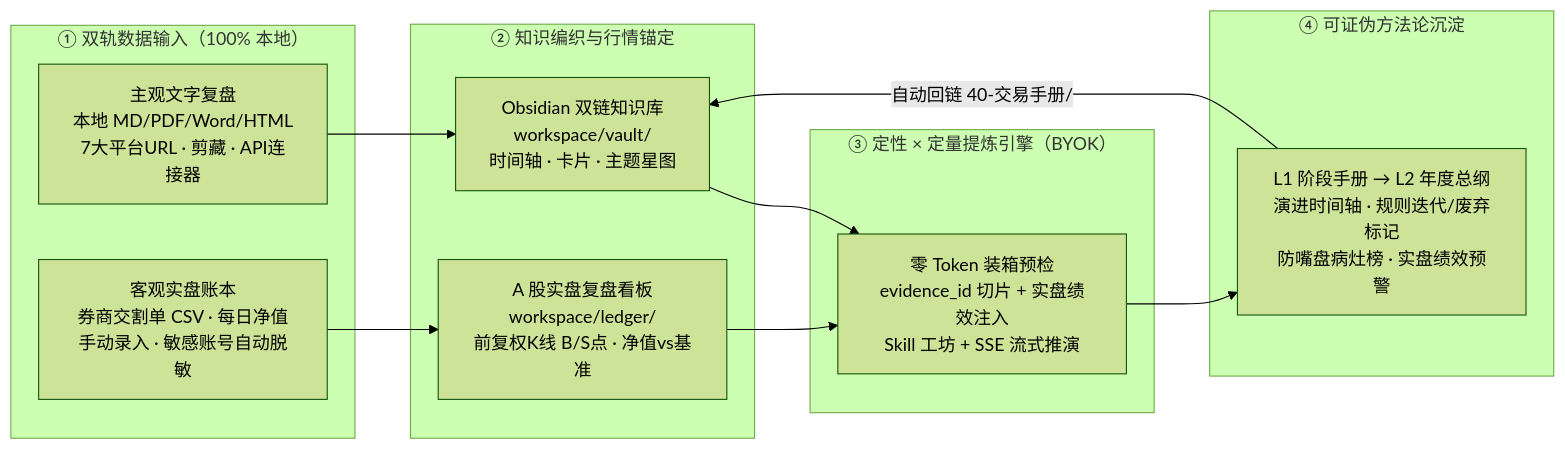
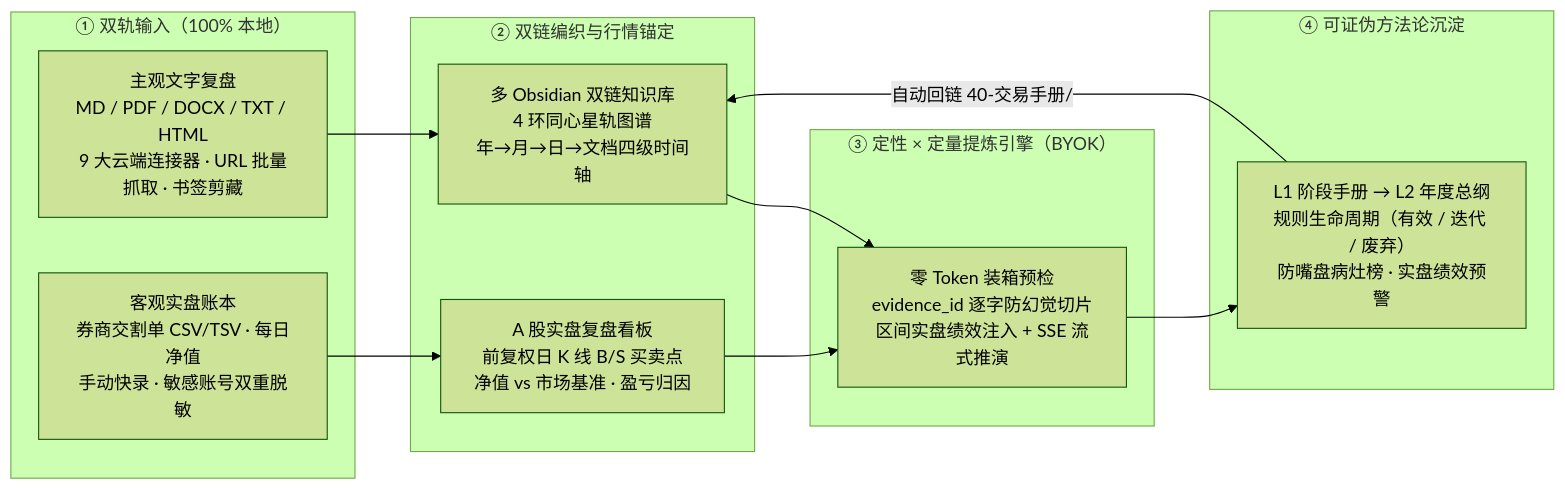
Before and after one commit to DYluke97/TradeLoom: the diagram in README.md, drawn with Mermaid (forest theme). The commit also changed other lines of this file and 56 other files, not shown here.

Commit message:
release: TradeLoom v1.0.0 GA - 4-ring orbital graph, security middleware, ledger/market hardening & GitHub showcase

````diff
--- a/README.md
+++ b/README.md
@@ -45,27 +38,27 @@
 ```mermaid
 flowchart LR
-  subgraph Input["① 双轨数据输入（100% 本地）"]
-    A1["主观文字复盘<br/>本地 MD/PDF/Word/HTML<br/>7大平台URL · 剪藏 · API连接器"]
-    A2["客观实盘账本<br/>券商交割单 CSV · 每日净值<br/>手动录入 · 敏感账号自动脱敏"]
+  subgraph Input["① 双轨输入（100% 本地）"]
+    A1["主观文字复盘<br/>MD / PDF / DOCX / TXT / HTML<br/>9 大云端连接器 · URL 批量抓取 · 书签剪藏"]
+    A2["客观实盘账本<br/>券商交割单 CSV/TSV · 每日净值<br/>手动快录 · 敏感账号双重脱敏"]
   end
 
-  subgraph Core["② 知识编织与行情锚定"]
-    B1["Obsidian 双链知识库<br/>workspace/vault/<br/>时间轴 · 卡片 · 主题星图"]
-    B2["A 股实盘复盘看板<br/>workspace/ledger/<br/>前复权K线 B/S点 · 净值vs基准"]
+  subgraph Core["② 双链编织与行情锚定"]
+    B1["多 Obsidian 双链知识库<br/>4 环同心星轨图谱<br/>年→月→日→文档四级时间轴"]
+    B2["A 股实盘复盘看板<br/>前复权日 K 线 B/S 买卖点<br/>净值 vs 市场基准 · 盈亏归因"]
   end
 
   subgraph Engine["③ 定性 × 定量提炼引擎（BYOK）"]
-    C["零 Token 装箱预检<br/>evidence_id 切片 + 实盘绩效注入<br/>Skill 工坊 + SSE 流式推演"]
+    C["零 Token 装箱预检<br/>evidence_id 逐字防幻觉切片<br/>区间实盘绩效注入 + SSE 流式推演"]
   end
 
   subgraph Output["④ 可证伪方法论沉淀"]
-    D["L1 阶段手册 → L2 年度总纲<br/>演进时间轴 · 规则迭代/废弃标记<br/>防嘴盘病灶榜 · 实盘绩效预警"]
+    D["L1 阶段手册 → L2 年度总纲<br/>规则生命周期（有效 / 迭代 / 废弃）<br/>防嘴盘病灶榜 · 实盘绩效预警"]
   end
 
   A1 --> B1
   A2 --> B2
   B1 --> C
   B2 --> C
   C --> D
   D -->|"自动回链 40-交易手册/"| B1
 ```
````
